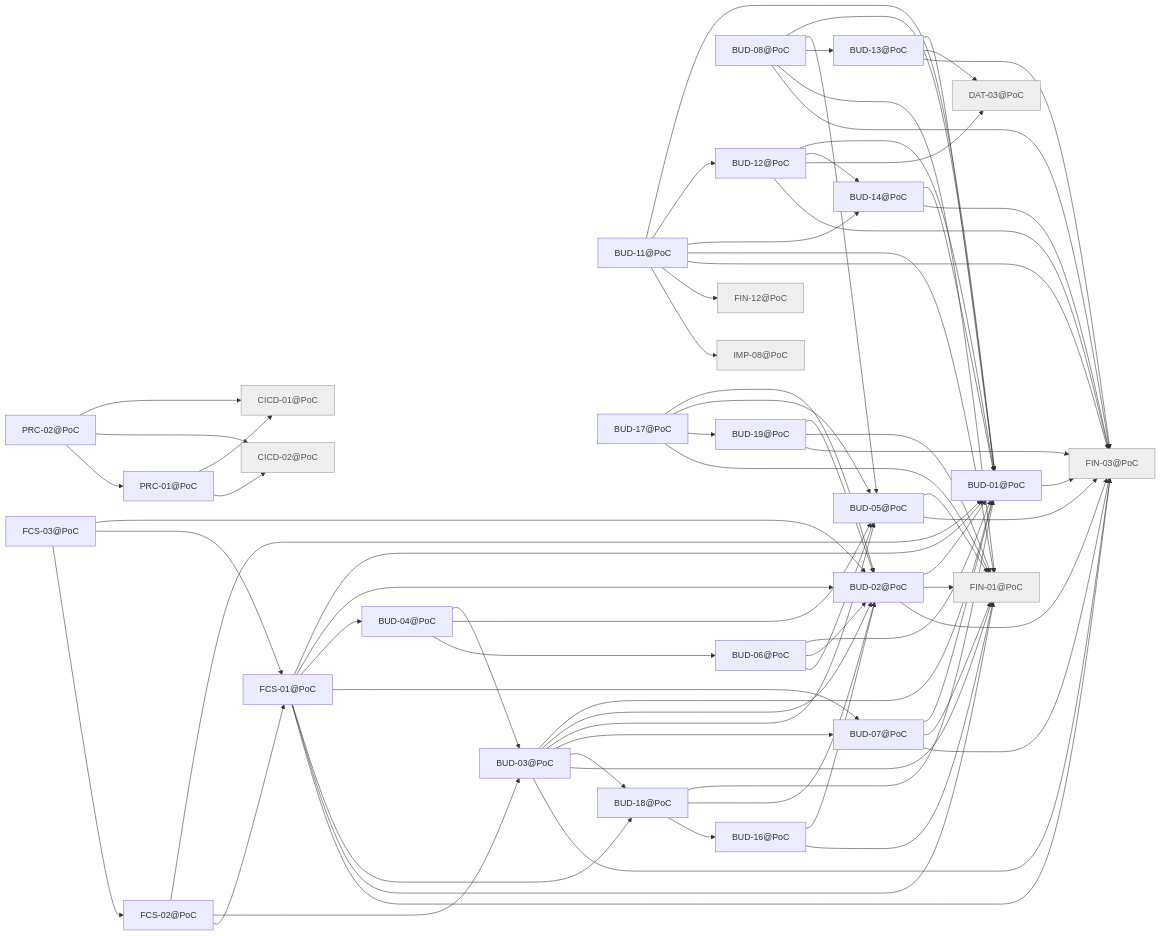
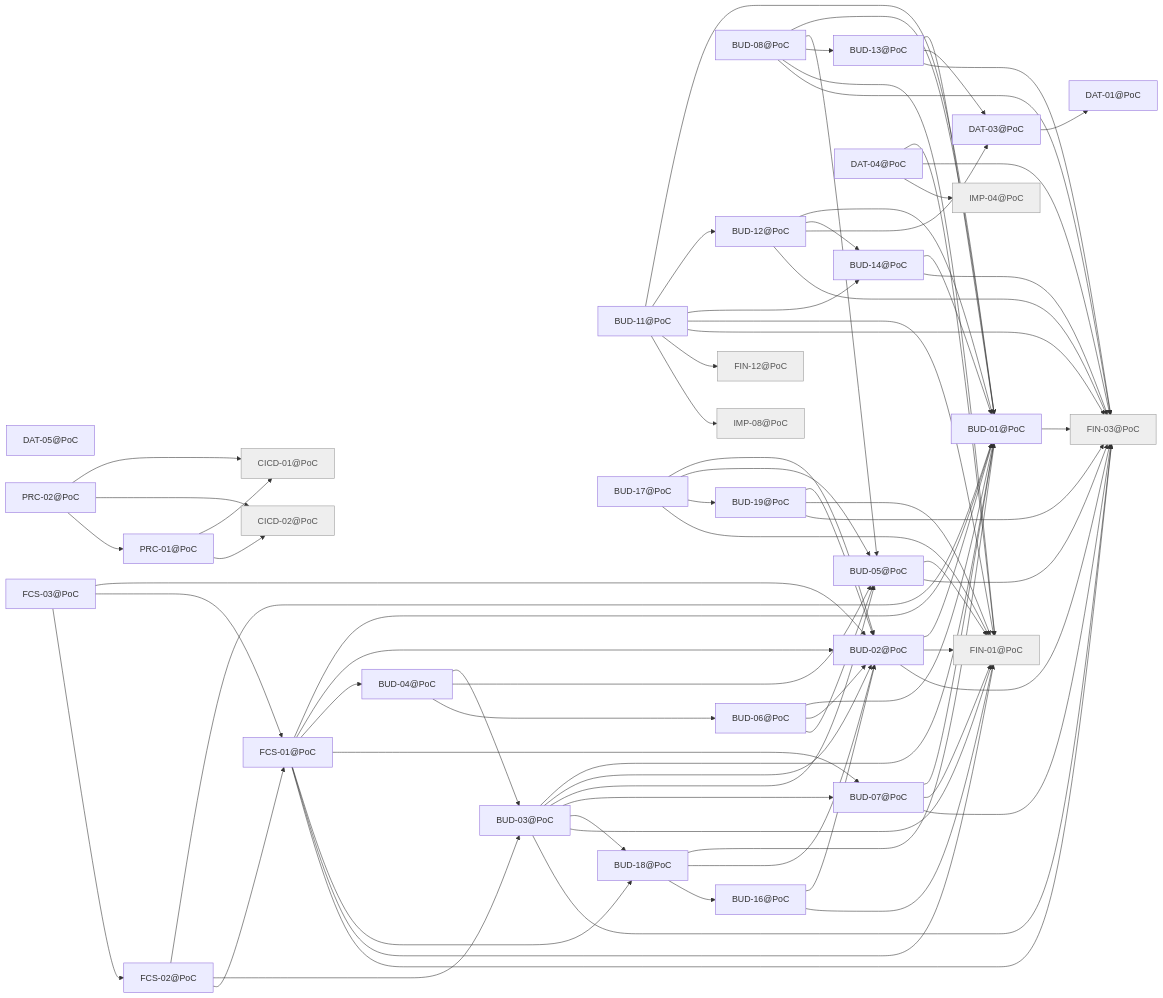
One commit to minakovval/Willowsum changed the diagram in docs/traceability/release-poc.md. Above: the diagram before and after it, drawn with Mermaid. The commit also changed other lines of this file and 34 other files, not shown here.

````diff
--- a/docs/traceability/release-poc.md
+++ b/docs/traceability/release-poc.md
@@ -54,13 +58,17 @@
   BUD_19_PoC["BUD-19@PoC"]
   CICD_01_PoC["CICD-01@PoC"]
   CICD_02_PoC["CICD-02@PoC"]
+  DAT_01_PoC["DAT-01@PoC"]
   DAT_03_PoC["DAT-03@PoC"]
+  DAT_04_PoC["DAT-04@PoC"]
+  DAT_05_PoC["DAT-05@PoC"]
   FCS_01_PoC["FCS-01@PoC"]
   FCS_02_PoC["FCS-02@PoC"]
   FCS_03_PoC["FCS-03@PoC"]
   FIN_01_PoC["FIN-01@PoC"]
   FIN_03_PoC["FIN-03@PoC"]
   FIN_12_PoC["FIN-12@PoC"]
+  IMP_04_PoC["IMP-04@PoC"]
   IMP_08_PoC["IMP-08@PoC"]
   PRC_01_PoC["PRC-01@PoC"]
   PRC_02_PoC["PRC-02@PoC"]
@@ -119,6 +127,10 @@
   BUD_19_PoC --> BUD_02_PoC
   BUD_19_PoC --> FIN_01_PoC
   BUD_19_PoC --> FIN_03_PoC
+  DAT_03_PoC --> DAT_01_PoC
+  DAT_04_PoC --> FIN_01_PoC
+  DAT_04_PoC --> FIN_03_PoC
+  DAT_04_PoC --> IMP_04_PoC
   FCS_01_PoC --> BUD_01_PoC
   FCS_01_PoC --> BUD_02_PoC
   FCS_01_PoC --> BUD_04_PoC
@@ -138,5 +150,5 @@
   PRC_02_PoC --> CICD_02_PoC
   PRC_02_PoC --> PRC_01_PoC
   classDef notMigrated fill:#eee,stroke:#999,color:#555
-  class CICD_01_PoC,CICD_02_PoC,DAT_03_PoC,FIN_01_PoC,FIN_03_PoC,FIN_12_PoC,IMP_08_PoC notMigrated
+  class CICD_01_PoC,CICD_02_PoC,FIN_01_PoC,FIN_03_PoC,FIN_12_PoC,IMP_04_PoC,IMP_08_PoC notMigrated
 ```
````
